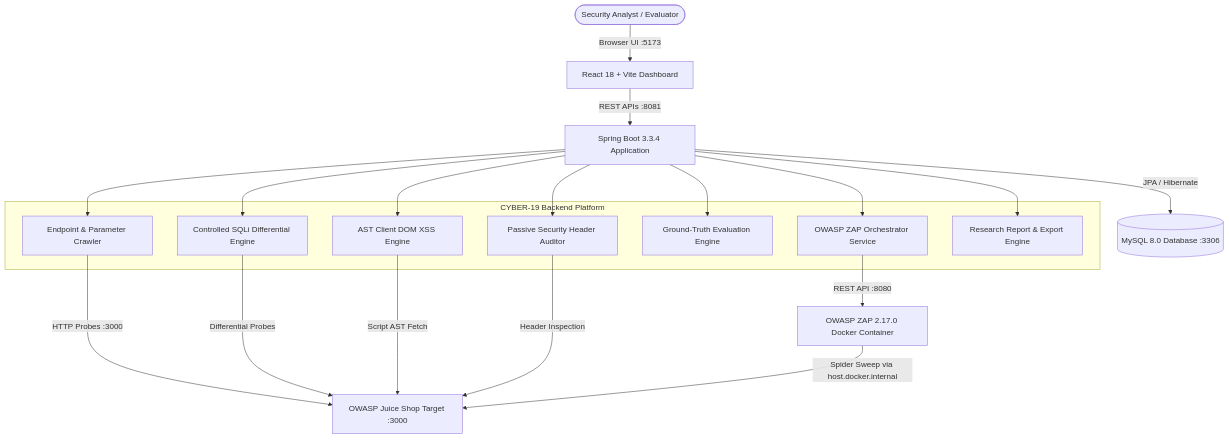
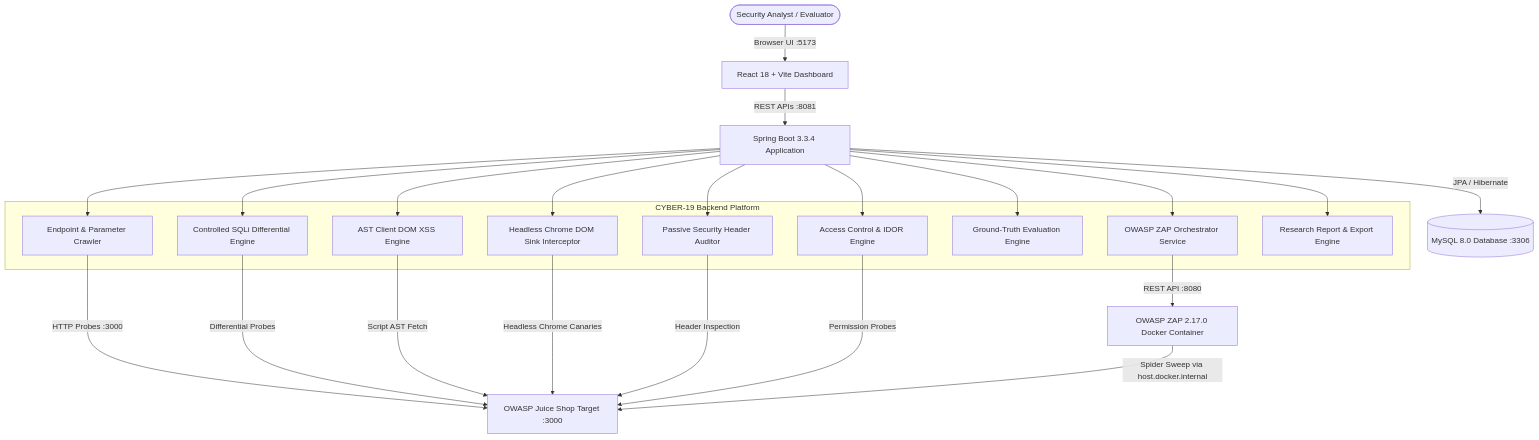
Before and after one commit to SHAIKZILANI/CYBER-19: the diagram in README.md, drawn with Mermaid. The commit also changed other lines of this file and 8 other files, not shown here.

Commit message:
docs: add comprehensive teammate setup guide, project architecture overview, and contributing guidelines

````diff
--- a/README.md
+++ b/README.md
@@ -68,33 +118,39 @@
 ```mermaid
 graph TD
     User([Security Analyst / Evaluator]) -->|Browser UI :5173| Frontend[React 18 + Vite Dashboard]
     Frontend -->|REST APIs :8081| Backend[Spring Boot 3.3.4 Application]
     
     subgraph CYBER-19 Backend Platform
         Discovery[Endpoint & Parameter Crawler]
         PassiveAudit[Passive Security Header Auditor]
         SQLiEngine[Controlled SQLi Differential Engine]
         XSSEngine[AST Client DOM XSS Engine]
+        BrowserDOM[Headless Chrome DOM Sink Interceptor]
+        AccessControl[Access Control & IDOR Engine]
         EvaluationEngine[Ground-Truth Evaluation Engine]
         ZapService[OWASP ZAP Orchestrator Service]
         ReportService[Research Report & Export Engine]
     end
 
     Backend --> Discovery
     Backend --> PassiveAudit
     Backend --> SQLiEngine
     Backend --> XSSEngine
+    Backend --> BrowserDOM
+    Backend --> AccessControl
     Backend --> EvaluationEngine
     Backend --> ZapService
     Backend --> ReportService
 
     Backend -->|JPA / Hibernate| MySQL[(MySQL 8.0 Database :3306)]
     
     Discovery -->|HTTP Probes :3000| Target[OWASP Juice Shop Target :3000]
     SQLiEngine -->|Differential Probes| Target
     XSSEngine -->|Script AST Fetch| Target
+    BrowserDOM -->|Headless Chrome Canaries| Target
     PassiveAudit -->|Header Inspection| Target
+    AccessControl -->|Permission Probes| Target
     
     ZapService -->|REST API :8080| ZAPContainer[OWASP ZAP 2.17.0 Docker Container]
     ZAPContainer -->|Spider Sweep via host.docker.internal| Target
 ```
````
